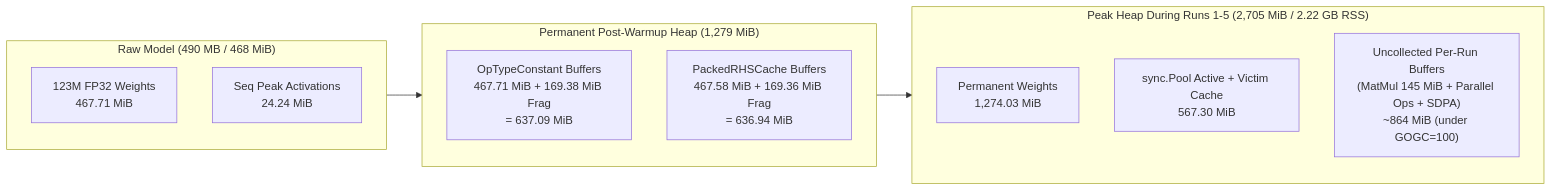
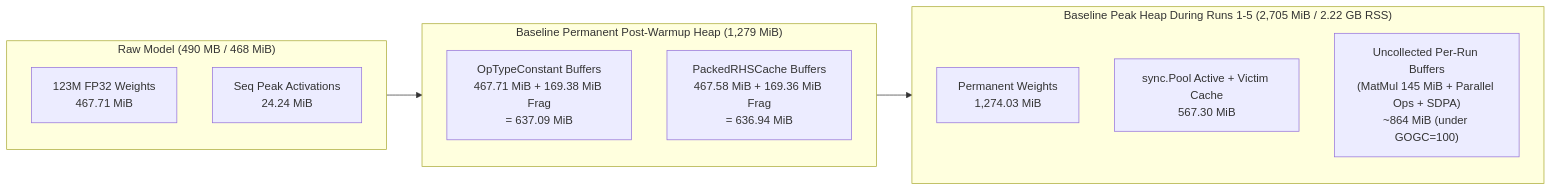
The second of 2 diagrams in docs/GoBackendMemoryUsage.md (gomlx/compute), drawn with Mermaid before and after one commit. The commit also changed other lines of this file and 11 other files, not shown here.

````diff
--- a/docs/GoBackendMemoryUsage.md
+++ b/docs/GoBackendMemoryUsage.md
@@ -97,20 +275,20 @@
 ```mermaid
 flowchart LR
     subgraph Raw ["Raw Model (490 MB / 468 MiB)"]
         W["123M FP32 Weights\n467.71 MiB"]
         T["Seq Peak Activations\n24.24 MiB"]
     end
 
-    subgraph Permanent ["Permanent Post-Warmup Heap (1,279 MiB)"]
+    subgraph Permanent ["Baseline Permanent Post-Warmup Heap (1,279 MiB)"]
         C["OpTypeConstant Buffers\n467.71 MiB + 169.38 MiB Frag\n= 637.09 MiB"]
         P["PackedRHSCache Buffers\n467.58 MiB + 169.36 MiB Frag\n= 636.94 MiB"]
     end
 
-    subgraph PeakRun ["Peak Heap During Runs 1-5 (2,705 MiB / 2.22 GB RSS)"]
+    subgraph PeakRun ["Baseline Peak Heap During Runs 1-5 (2,705 MiB / 2.22 GB RSS)"]
         Perm["Permanent Weights\n1,274.03 MiB"]
         Victim["sync.Pool Active + Victim Cache\n567.30 MiB"]
         Transient["Uncollected Per-Run Buffers\n(MatMul 145 MiB + Parallel Ops + SDPA)\n~864 MiB (under GOGC=100)"]
     end
 
     Raw --> Permanent --> PeakRun
 ```
````
